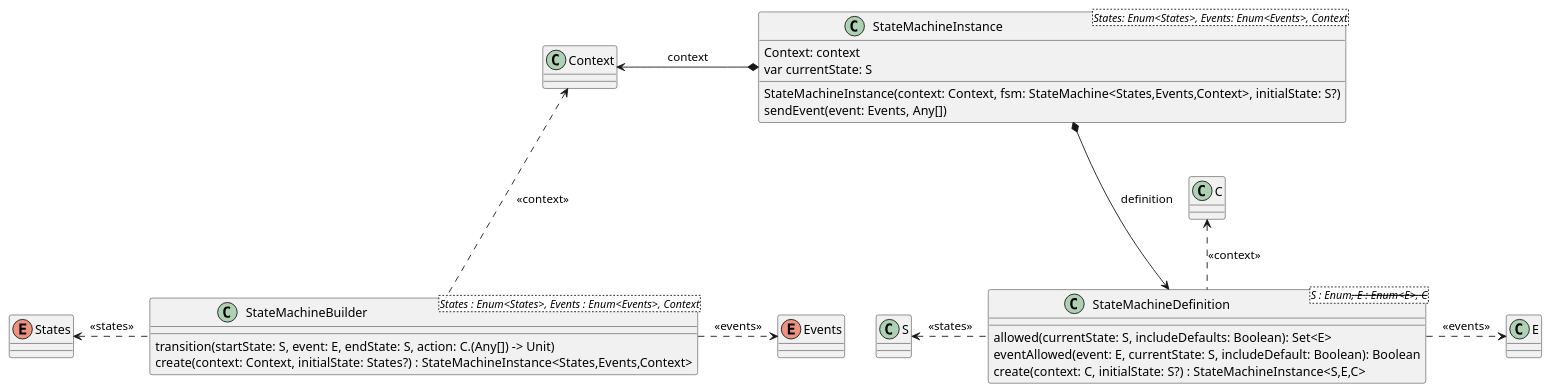
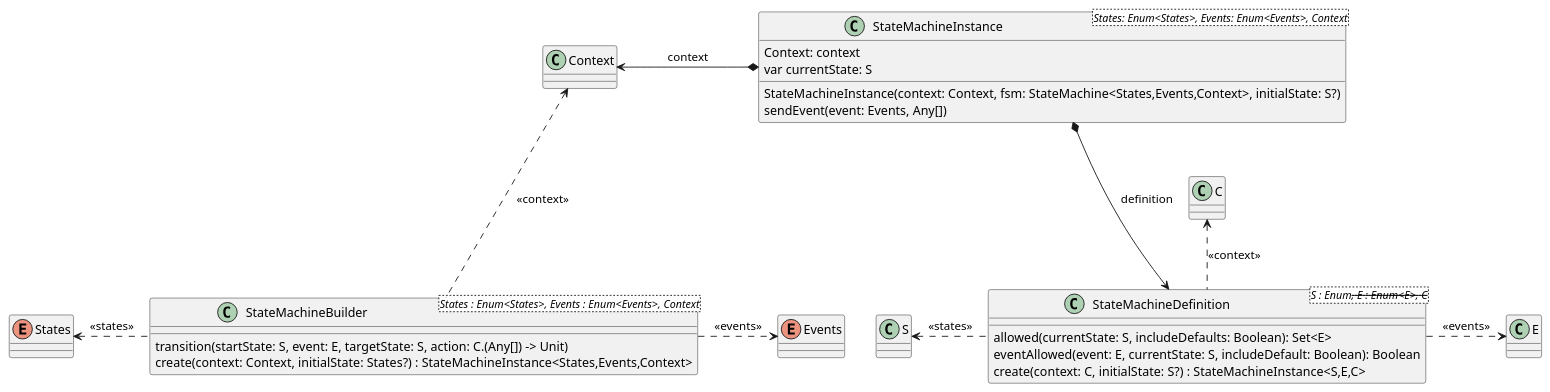
The diagram in src/doc/plantuml/statemachine-classes.plantuml (open-jumpco/kfsm), drawn with PlantUML before and after one commit. The commit also changed 20 other files, not shown here.

```diff
--- a/src/doc/plantuml/statemachine-classes.plantuml
+++ b/src/doc/plantuml/statemachine-classes.plantuml
@@ -1,39 +1,39 @@
 @startuml
 
 class Context {
 }
 enum States {
 }
 enum Events {
 }
 
 class StateMachineBuilder<States : Enum<States>, Events : Enum<Events>, Context> {
-    transition(startState: S, event: E, endState: S, action: C.(Any[]) -> Unit)
+    transition(startState: S, event: E, targetState: S, action: C.(Any[]) -> Unit)
     create(context: Context, initialState: States?) : StateMachineInstance<States,Events,Context>
 }
 
 class StateMachineDefinition<S : Enum<S>, E : Enum<E>, C> {
     allowed(currentState: S, includeDefaults: Boolean): Set<E>
     eventAllowed(event: E, currentState: S, includeDefault: Boolean): Boolean
     create(context: C, initialState: S?) : StateMachineInstance<S,E,C>
 }
 
 class StateMachineInstance<States: Enum<States>, Events: Enum<Events>, Context> {
     StateMachineInstance(context: Context, fsm: StateMachine<States,Events,Context>, initialState: S?)
     Context: context
     var currentState: S
     sendEvent(event: Events, Any[])
 }
 
 StateMachineBuilder ..left..> States : <<states>>
 StateMachineBuilder ..right..> Events : <<events>>
 StateMachineBuilder ..up.> Context : <<context>>
 
 StateMachineDefinition .left.> S : <<states>>
 StateMachineDefinition .right.> E : <<events>>
 StateMachineDefinition .up.> C : <<context>>
 
 StateMachineInstance *---> StateMachineDefinition : definition
 StateMachineInstance *--left--> Context : context
 
 @enduml
```
